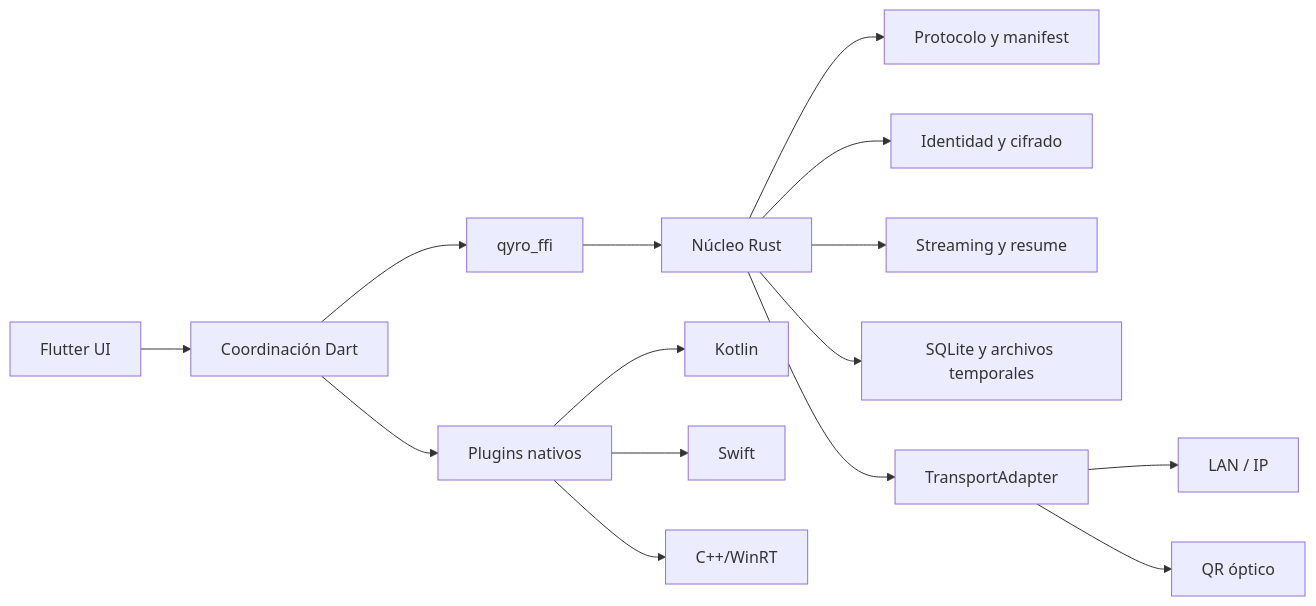
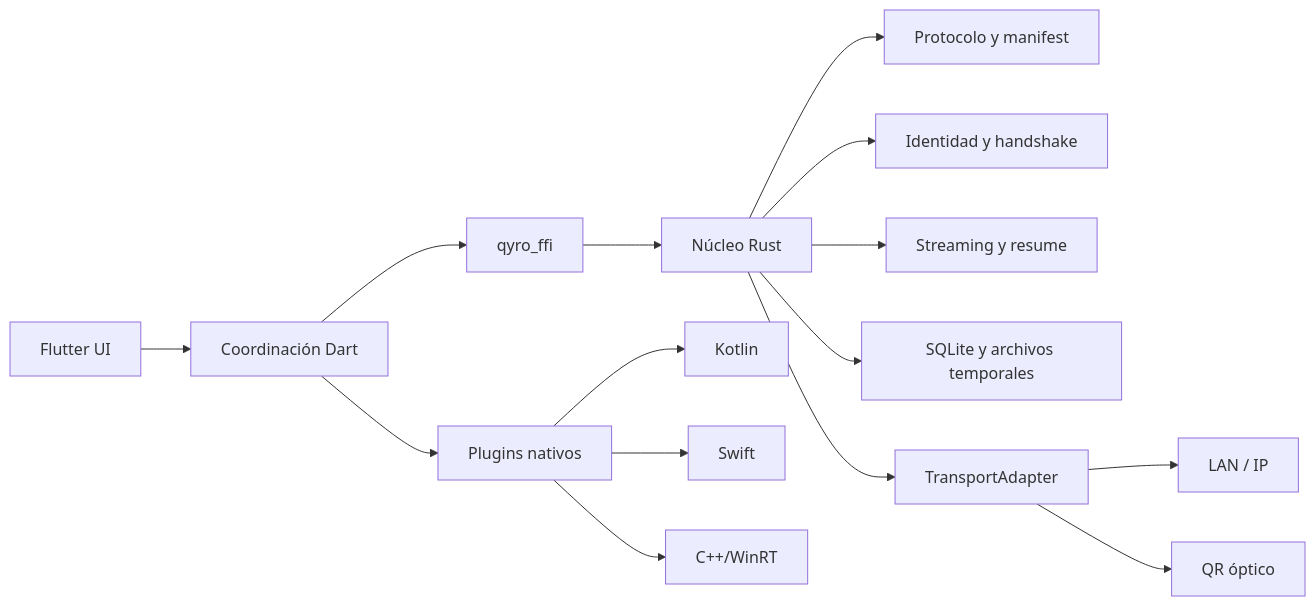
The first of 2 diagrams in ARCHITECTURE.md (M1gu3hb/-Qyro), drawn with Mermaid before and after one commit. The commit also changed 22 other files, not shown here.

````diff
--- a/ARCHITECTURE.md
+++ b/ARCHITECTURE.md
@@ -5,17 +5,17 @@
 ```mermaid
 flowchart LR
   UI["Flutter UI"] --> APP["Coordinación Dart"]
   APP --> FFI["qyro_ffi"]
   FFI --> CORE["Núcleo Rust"]
   CORE --> PROTOCOL["Protocolo y manifest"]
-  CORE --> SECURITY["Identidad y cifrado"]
+  CORE --> SECURITY["Identidad y handshake"]
   CORE --> TRANSFER["Streaming y resume"]
   CORE --> STORAGE["SQLite y archivos temporales"]
   CORE --> TRANSPORT["TransportAdapter"]
   TRANSPORT --> LAN["LAN / IP"]
   TRANSPORT --> OPTICAL["QR óptico"]
   APP --> NATIVE["Plugins nativos"]
   NATIVE --> ANDROID["Kotlin"]
   NATIVE --> IOS["Swift"]
   NATIVE --> WINDOWS["C++/WinRT"]
 ```
````
